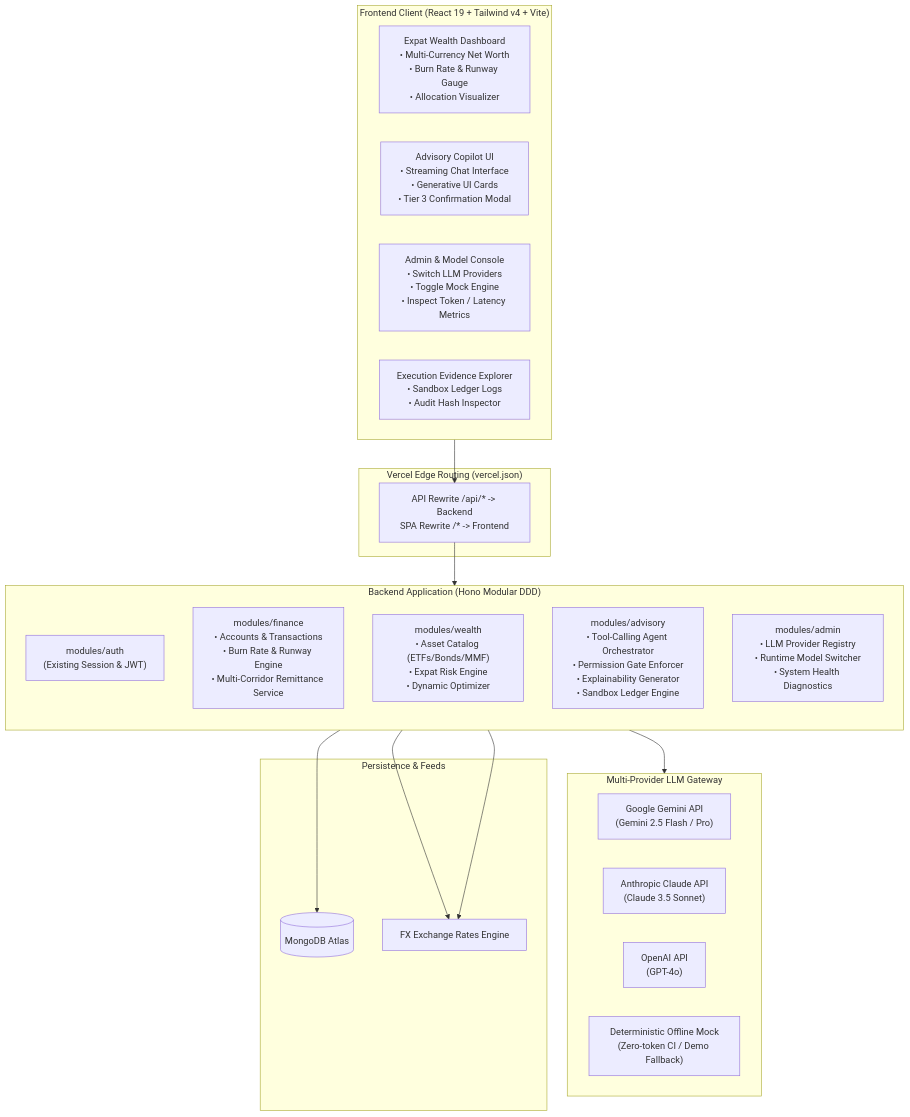
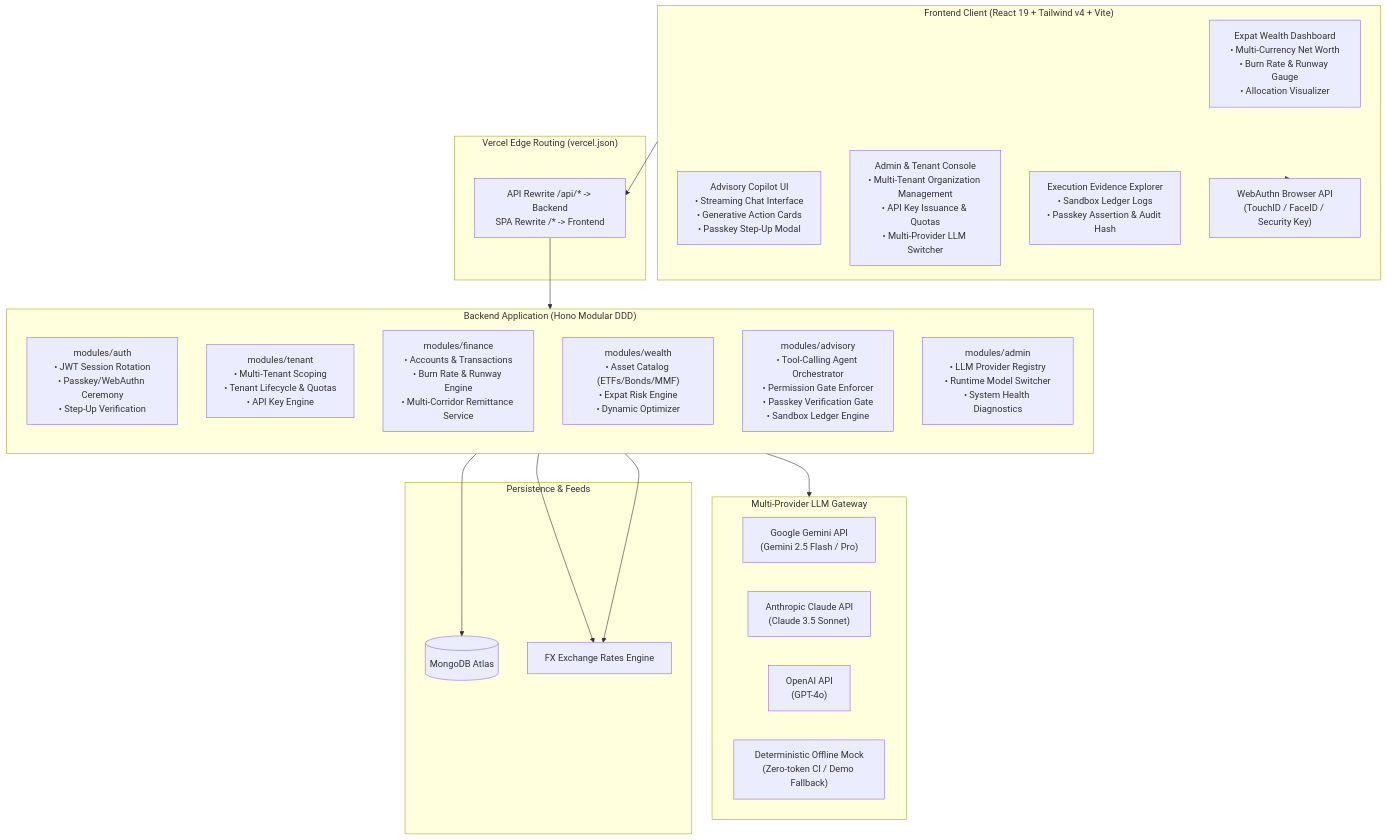
One commit to Nikhil-Mundhra/Wealth-Advisor changed the first of 3 diagrams in IMPLEMENTATION_PLAN.md. Above: the diagram before and after it, drawn with Mermaid. The commit also changed other lines of this file, not shown here.

Commit message:
feat(plan): add multi-tenant platform, API management, and WebAuthn Passkeys to roadmap

````diff
--- a/IMPLEMENTATION_PLAN.md
+++ b/IMPLEMENTATION_PLAN.md
@@ -63,42 +64,45 @@
 ```mermaid
 flowchart TB
     subgraph Client["Frontend Client (React 19 + Tailwind v4 + Vite)"]
         Dashboard["Expat Wealth Dashboard\n• Multi-Currency Net Worth\n• Burn Rate & Runway Gauge\n• Allocation Visualizer"]
-        Copilot["Advisory Copilot UI\n• Streaming Chat Interface\n• Generative UI Cards\n• Tier 3 Confirmation Modal"]
-        AdminUI["Admin & Model Console\n• Switch LLM Providers\n• Toggle Mock Engine\n• Inspect Token / Latency Metrics"]
-        Evidence["Execution Evidence Explorer\n• Sandbox Ledger Logs\n• Audit Hash Inspector"]
+        Copilot["Advisory Copilot UI\n• Streaming Chat Interface\n• Generative Action Cards\n• Passkey Step-Up Modal"]
+        AdminUI["Admin & Tenant Console\n• Multi-Tenant Organization Management\n• API Key Issuance & Quotas\n• Multi-Provider LLM Switcher"]
+        Evidence["Execution Evidence Explorer\n• Sandbox Ledger Logs\n• Passkey Assertion & Audit Hash"]
+        PasskeyBrowser["WebAuthn Browser API\n(TouchID / FaceID / Security Key)"]
     end
 
     subgraph Edge["Vercel Edge Routing (vercel.json)"]
         EdgeRoute["API Rewrite /api/* -> Backend\nSPA Rewrite /* -> Frontend"]
     end
 
     subgraph Backend["Backend Application (Hono Modular DDD)"]
         direction TB
-        AuthMod["modules/auth\n(Existing Session & JWT)"]
+        AuthMod["modules/auth\n• JWT Session Rotation\n• Passkey/WebAuthn Ceremony\n• Step-Up Verification"]
+        TenantMod["modules/tenant\n• Multi-Tenant Scoping\n• Tenant Lifecycle & Quotas\n• API Key Engine"]
         FinanceMod["modules/finance\n• Accounts & Transactions\n• Burn Rate & Runway Engine\n• Multi-Corridor Remittance Service"]
         WealthMod["modules/wealth\n• Asset Catalog (ETFs/Bonds/MMF)\n• Expat Risk Engine\n• Dynamic Optimizer"]
-        AdvisMod["modules/advisory\n• Tool-Calling Agent Orchestrator\n• Permission Gate Enforcer\n• Explainability Generator\n• Sandbox Ledger Engine"]
+        AdvisMod["modules/advisory\n• Tool-Calling Agent Orchestrator\n• Permission Gate Enforcer\n• Passkey Verification Gate\n• Sandbox Ledger Engine"]
         AdminMod["modules/admin\n• LLM Provider Registry\n• Runtime Model Switcher\n• System Health Diagnostics"]
     end
 
     subgraph LLMProviders["Multi-Provider LLM Gateway"]
         direction LR
         Gemini["Google Gemini API\n(Gemini 2.5 Flash / Pro)"]
         Claude["Anthropic Claude API\n(Claude 3.5 Sonnet)"]
         OpenAI["OpenAI API\n(GPT-4o)"]
         MockLLM["Deterministic Offline Mock\n(Zero-token CI / Demo Fallback)"]
     end
 
     subgraph Data["Persistence & Feeds"]
         Mongo[(MongoDB Atlas)]
         FX["FX Exchange Rates Engine"]
     end
 
     Client --> EdgeRoute
     EdgeRoute --> Backend
     Backend --> Mongo
     AdvisMod --> LLMProviders
     FinanceMod --> FX
     WealthMod --> FX
+    Client -.-> PasskeyBrowser
 ```
````
